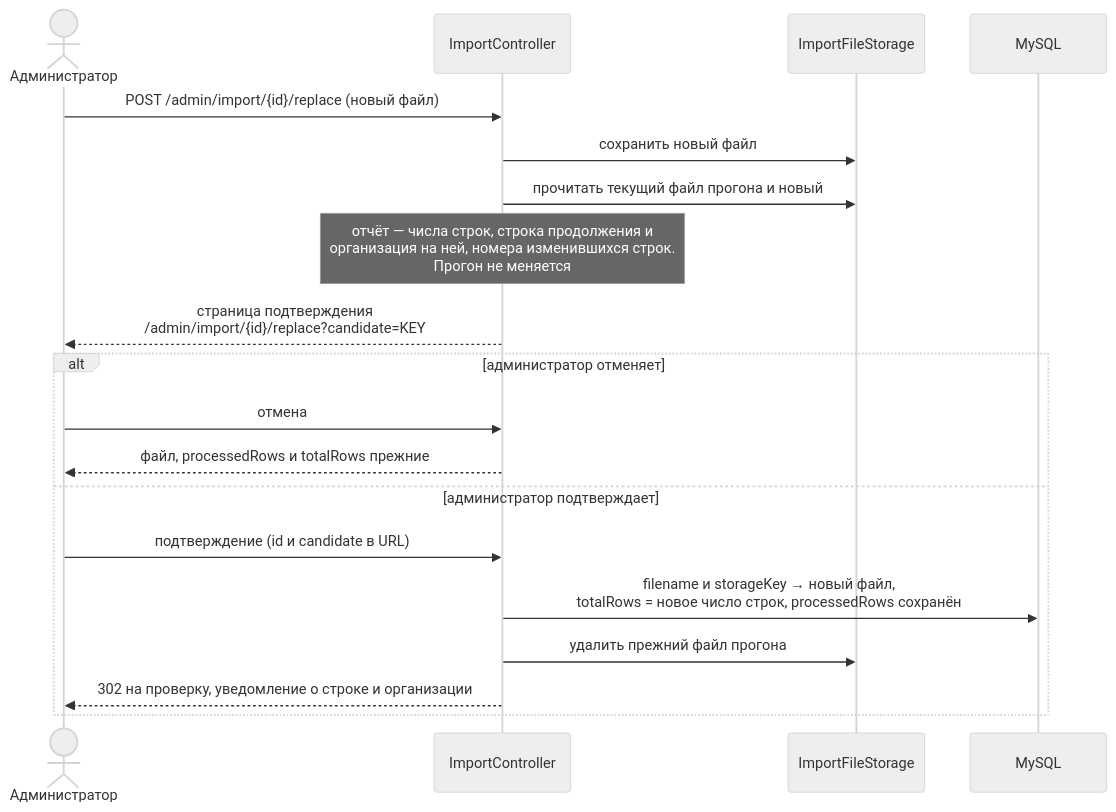
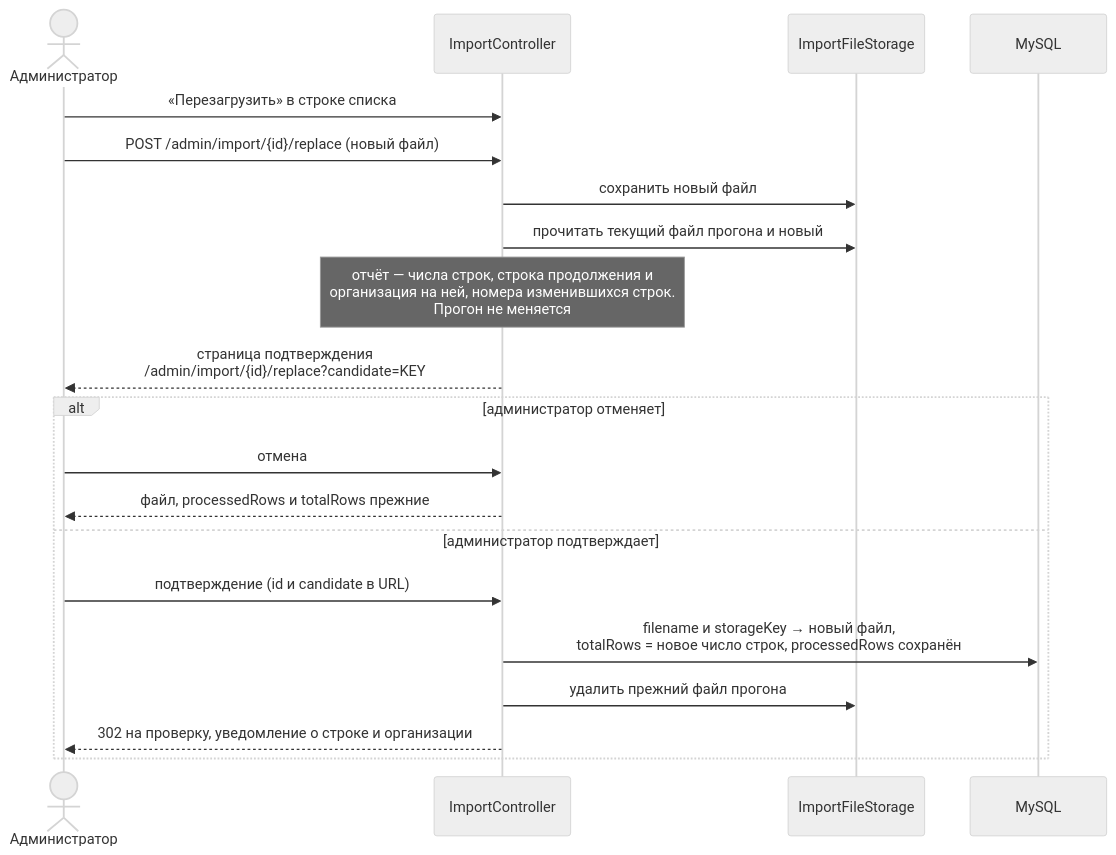
One commit to AliakseiBurak/crm-one changed the third of 3 diagrams in openspec/changes/add-organizations-csv-import/design.md. Above: the diagram before and after it, drawn with Mermaid (neutral theme). The commit also changed other lines of this file and 7 other files, not shown here.

````diff
--- a/openspec/changes/add-organizations-csv-import/design.md
+++ b/openspec/changes/add-organizations-csv-import/design.md
@@ -579,23 +609,24 @@
 ```mermaid
 sequenceDiagram
     actor Admin as Администратор
     participant IC as ImportController
     participant ST as ImportFileStorage
     participant DB as MySQL
 
-    Admin->>IC: POST /admin/import/{id}/replace (новый файл)
+    Admin->>IC: «Перезагрузить» в строке списка
+   Admin->>IC: POST /admin/import/{id}/replace (новый файл)
     IC->>ST: сохранить новый файл
     IC->>ST: прочитать текущий файл прогона и новый
     Note over IC: отчёт — числа строк, строка продолжения и<br/>организация на ней, номера изменившихся строк.<br/>Прогон не меняется
     IC-->>Admin: страница подтверждения<br/>/admin/import/{id}/replace?candidate=KEY
 
     alt администратор отменяет
         Admin->>IC: отмена
         IC-->>Admin: файл, processedRows и totalRows прежние
     else администратор подтверждает
         Admin->>IC: подтверждение (id и candidate в URL)
         IC->>DB: filename и storageKey → новый файл,<br/>totalRows = новое число строк, processedRows сохранён
         IC->>ST: удалить прежний файл прогона
         IC-->>Admin: 302 на проверку, уведомление о строке и организации
     end
 ```
````
